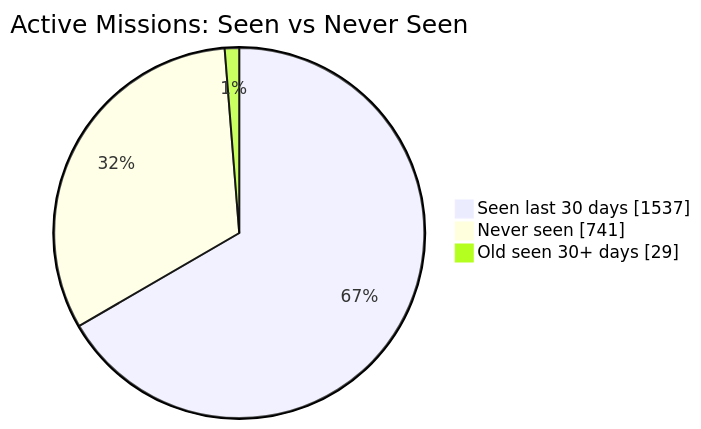
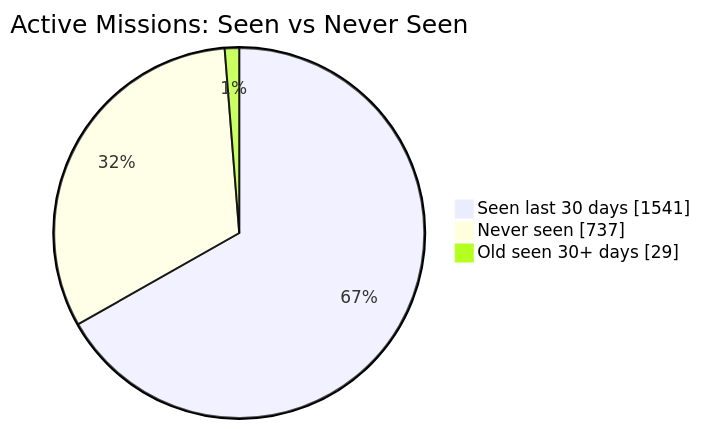
One commit to MeldkamerspelGameTeam/active-missions changed the first of 2 diagrams in README.md. Above: the diagram before and after it, drawn with Mermaid. The commit also changed other lines of this file and 2 other files, not shown here.

````diff
--- a/README.md
+++ b/README.md
@@ -34,7 +34,7 @@
 ```mermaid
 pie showData
     title Active Missions: Seen vs Never Seen
-    "Seen last 30 days" : 1537
-    "Never seen" : 741
+    "Seen last 30 days" : 1541
+    "Never seen" : 737
     "Old seen 30+ days" : 29
 ```
````
